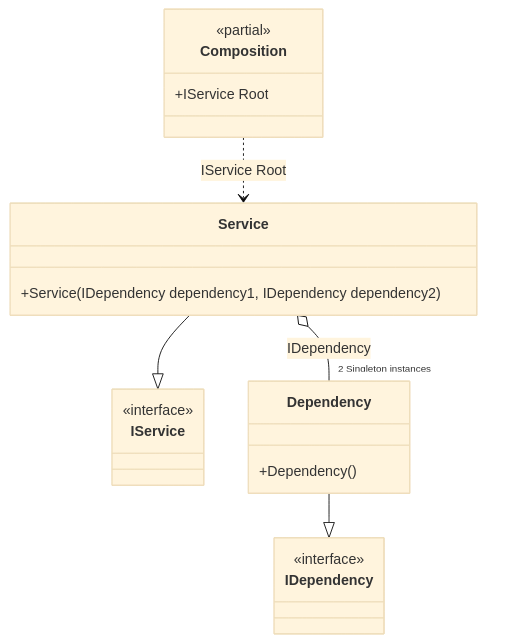
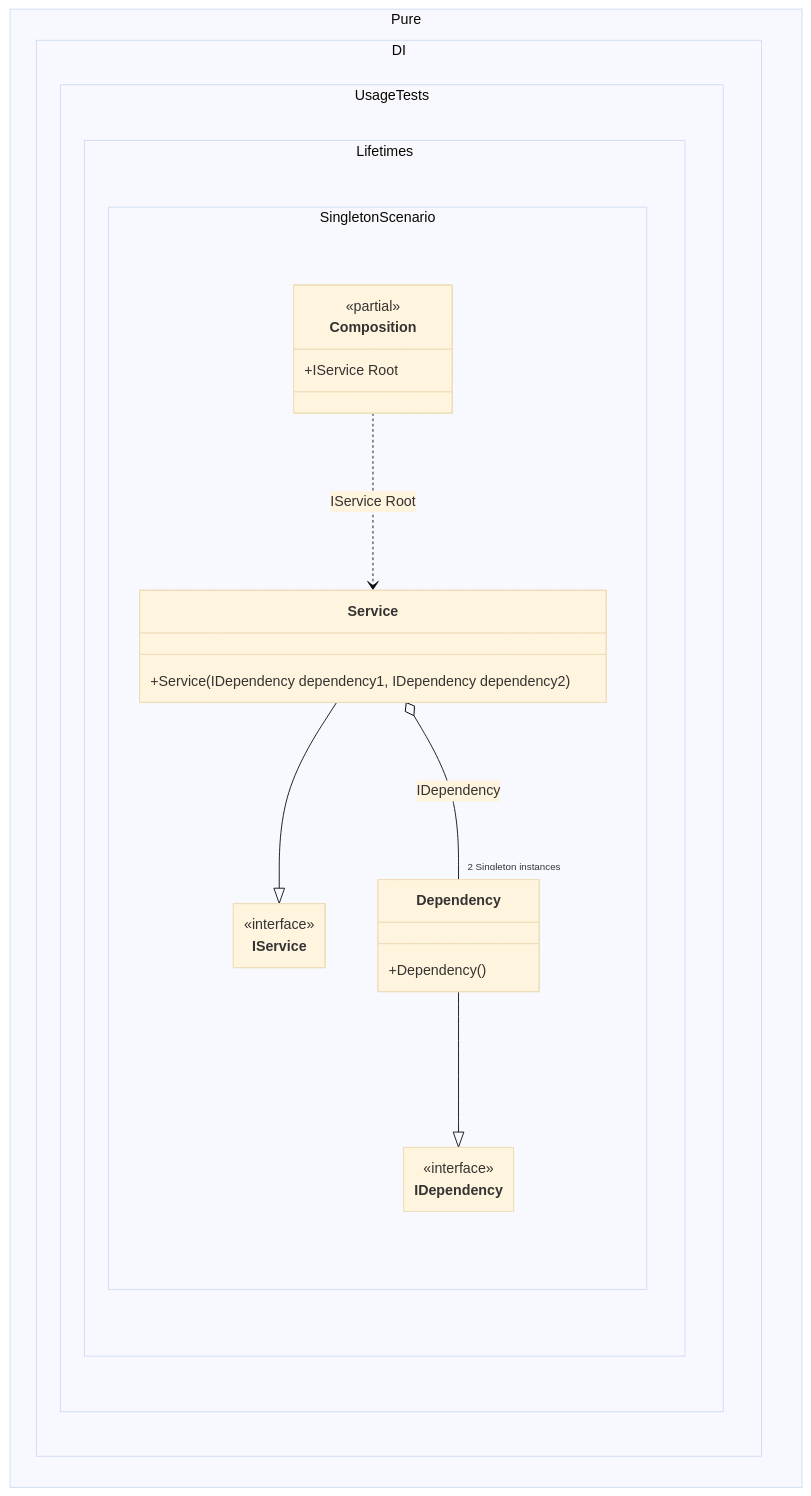
One commit to DevTeam/Pure.DI changed the diagram in readme/singleton.md. Above: the diagram before and after it, drawn with Mermaid (base theme). The commit also changed 103 other files, not shown here.

Commit message:
Improved class diagrams

````diff
--- a/readme/singleton.md
+++ b/readme/singleton.md
@@ -105,23 +105,30 @@
 ```mermaid
+---
+ config:
+  class:
+   hideEmptyMembersBox: true
+---
 classDiagram
-	class Composition {
+	Service --|> IService
+	Dependency --|> IDependency
+	Composition ..> Service : IService Root
+	Service o-- "2 Singleton instances" Dependency : IDependency
+	namespace Pure.DI.UsageTests.Lifetimes.SingletonScenario {
+		class Composition {
 		<<partial>>
 		+IService Root
+		}
+		class Dependency {
+			+Dependency()
+		}
+		class IDependency {
+			<<interface>>
+		}
+		class IService {
+			<<interface>>
+		}
+		class Service {
+			+Service(IDependency dependency1, IDependency dependency2)
+		}
 	}
-	Service --|> IService
-	class Service {
-		+Service(IDependency dependency1, IDependency dependency2)
-	}
-	Dependency --|> IDependency
-	class Dependency {
-		+Dependency()
-	}
-	class IService {
-		<<interface>>
-	}
-	class IDependency {
-		<<interface>>
-	}
-	Composition ..> Service : IService Root
-	Service o-- "2 Singleton instances" Dependency : IDependency
 ```
````
